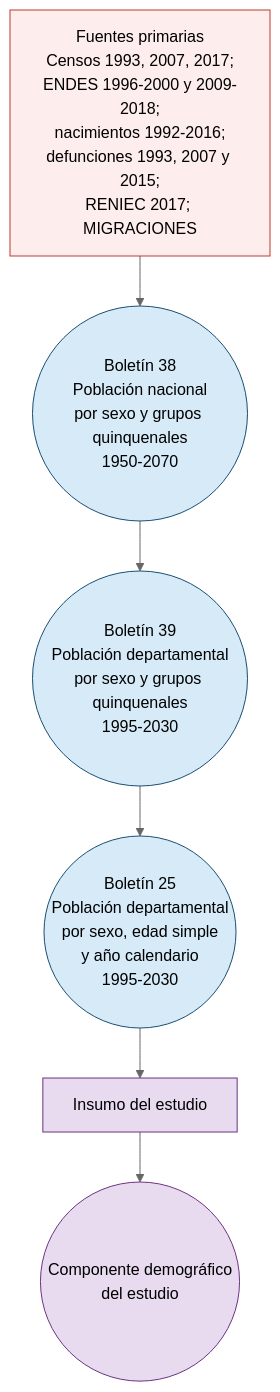
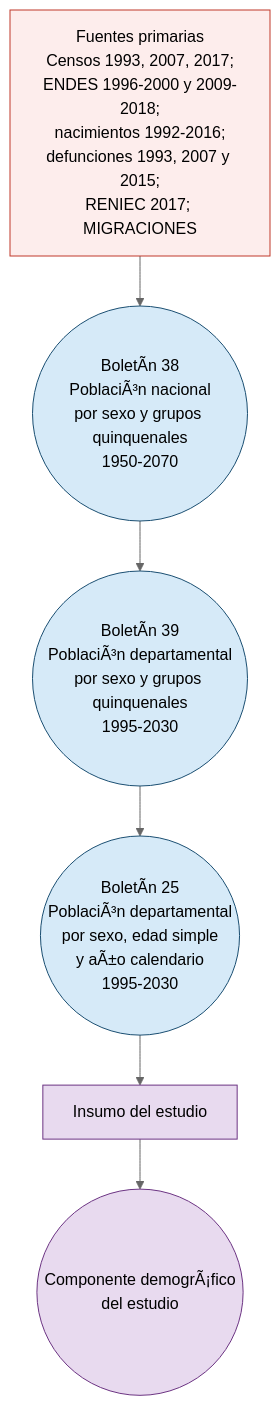
Before and after one commit to psotob91/demografia-poblacion-inei: the second of 4 diagrams in reports/method-report.qmd, drawn with Mermaid (neutral theme). The commit also changed other lines of this file and 4941 other files, not shown here.

````diff
--- a/reports/method-report.qmd
+++ b/reports/method-report.qmd
@@ -203,22 +214,22 @@
 ```{mermaid}
 flowchart TB
 
 A["Fuentes primarias<br/>Censos 1993, 2007, 2017;<br/>ENDES 1996-2000 y 2009-2018;<br/>nacimientos 1992-2016;<br/>defunciones 1993, 2007 y 2015;<br/>RENIEC 2017; MIGRACIONES"]:::structural
 
-B(("Boletín 38<br/>Población nacional<br/>por sexo y grupos quinquenales<br/>1950-2070")):::observed
-C(("Boletín 39<br/>Población departamental<br/>por sexo y grupos quinquenales<br/>1995-2030")):::observed
-D(("Boletín 25<br/>Población departamental<br/>por sexo, edad simple<br/>y año calendario<br/>1995-2030")):::observed
-E(("Componente demográfico<br/>del estudio")):::final
+B(("BoletÃ­n 38<br/>PoblaciÃ³n nacional<br/>por sexo y grupos quinquenales<br/>1950-2070")):::observed
+C(("BoletÃ­n 39<br/>PoblaciÃ³n departamental<br/>por sexo y grupos quinquenales<br/>1995-2030")):::observed
+D(("BoletÃ­n 25<br/>PoblaciÃ³n departamental<br/>por sexo, edad simple<br/>y aÃ±o calendario<br/>1995-2030")):::observed
+E(("Componente demogrÃ¡fico<br/>del estudio")):::final
 
 X["Insumo del estudio"]:::final
 
 A --> B
 B --> C
 C --> D
 D --> X
 X --> E
 
 classDef observed fill:#D6EAF8,stroke:#1B4F72,color:#000;
 classDef structural fill:#FDEDEC,stroke:#C0392B,color:#000;
 classDef final fill:#E8DAEF,stroke:#6C3483,color:#000;
 ```
````
